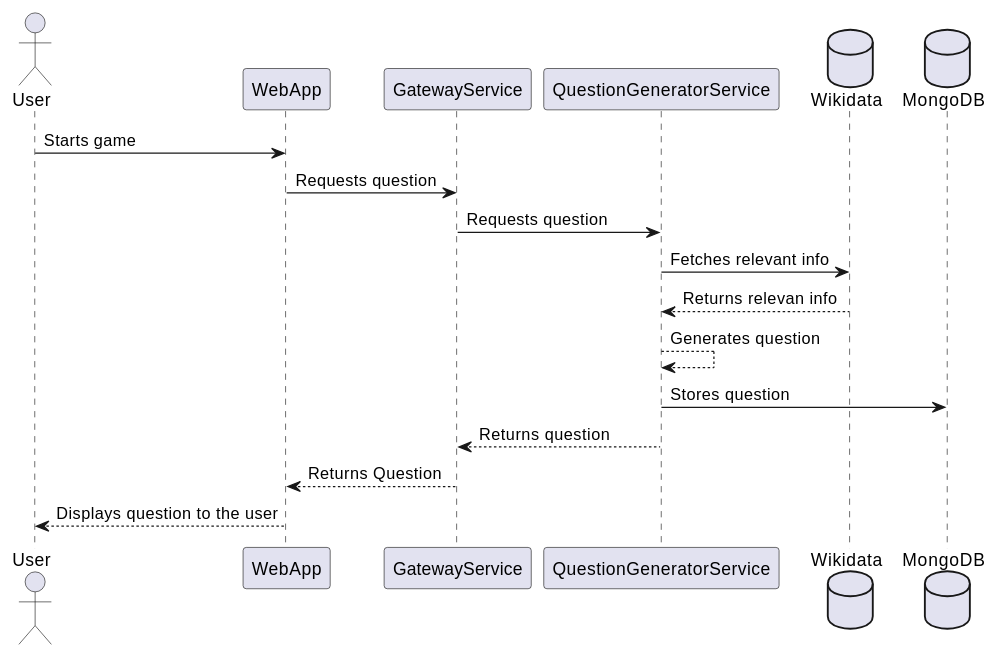
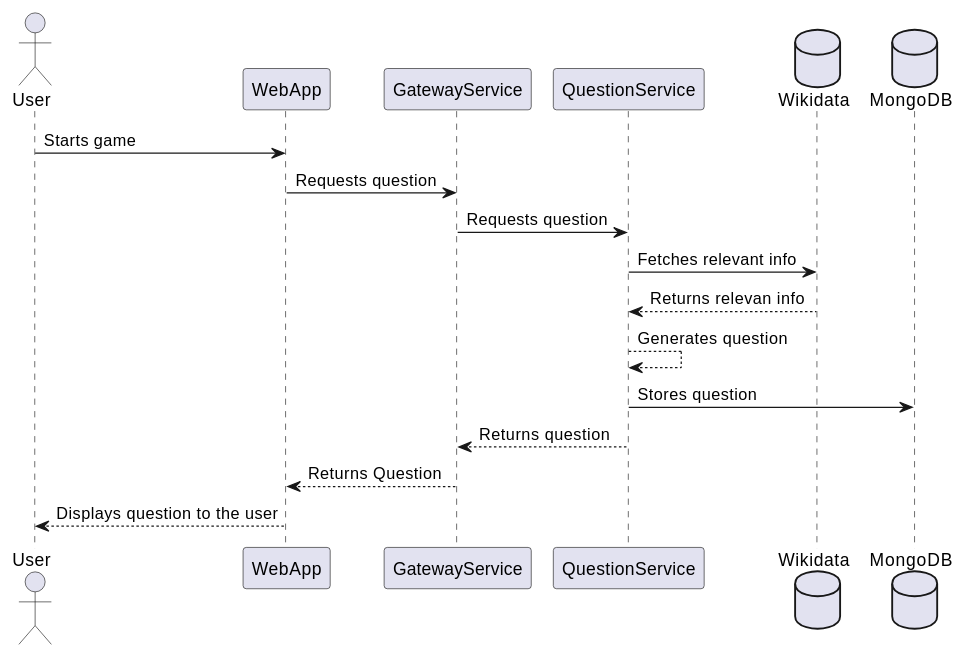
One commit to Arquisoft/wichat_es4c changed the second of 5 diagrams in docs/src/06_runtime_view.adoc. Above: the diagram before and after it, drawn with PlantUML. The commit also changed other lines of this file, not shown here.

Commit message:
Actualizada docu aparado 06

```diff
--- a/docs/src/06_runtime_view.adoc
+++ b/docs/src/06_runtime_view.adoc
@@ -69,24 +69,24 @@
 [plantuml, Question Generation Diagram, png]
 ----
 @startuml
 
 actor User
 participant WebApp
 participant GatewayService
-participant QuestionGeneratorService
+participant QuestionService
 database Wikidata
 database MongoDB
 
 User -> WebApp: Starts game
 WebApp -> GatewayService: Requests question
-GatewayService -> QuestionGeneratorService: Requests question
-QuestionGeneratorService -> Wikidata: Fetches relevant info
-Wikidata --> QuestionGeneratorService: Returns relevan info
-QuestionGeneratorService --> QuestionGeneratorService: Generates question
-QuestionGeneratorService -> MongoDB: Stores question
-QuestionGeneratorService --> GatewayService: Returns question
+GatewayService -> QuestionService: Requests question
+QuestionService -> Wikidata: Fetches relevant info
+Wikidata --> QuestionService: Returns relevan info
+QuestionService --> QuestionService: Generates question
+QuestionService -> MongoDB: Stores question
+QuestionService --> GatewayService: Returns question
 GatewayService --> WebApp: Returns Question
 WebApp --> User: Displays question to the user
 
 @enduml
 ----
```
